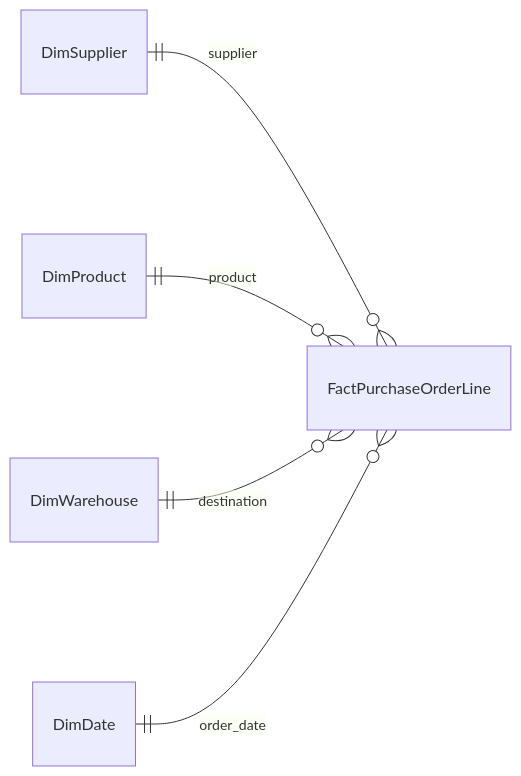
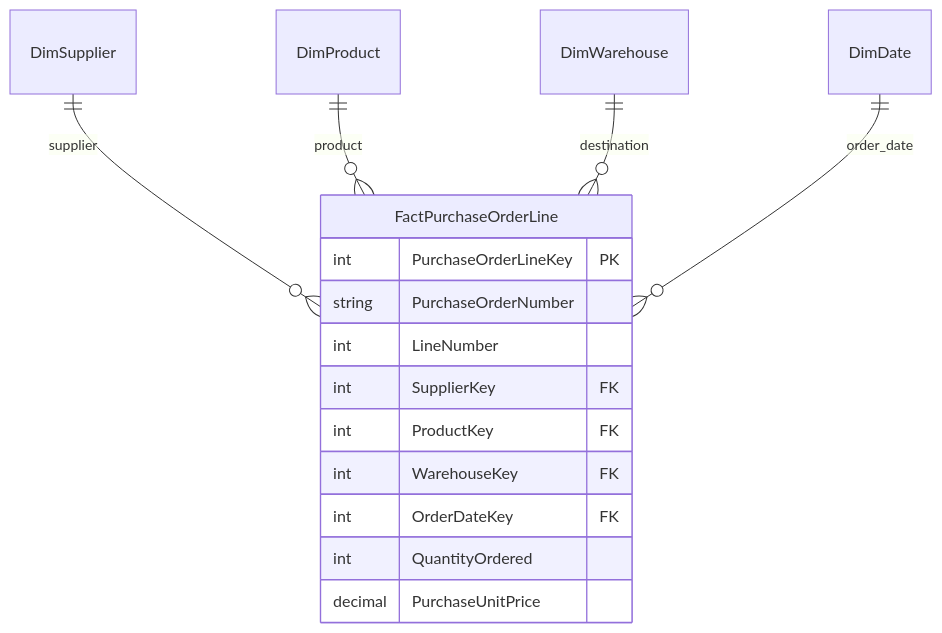
Before and after one commit to ZeadRN/20-Days-SQL-Challenge: the first of 5 diagrams in 25-days-of-data-analytics/day-02-database-design-dml-null/logistics-supply-chain-design/README.md, drawn with Mermaid. The commit also changed other lines of this file, not shown here.

````diff
--- a/25-days-of-data-analytics/day-02-database-design-dml-null/logistics-supply-chain-design/README.md
+++ b/25-days-of-data-analytics/day-02-database-design-dml-null/logistics-supply-chain-design/README.md
@@ -90,8 +69,19 @@
 ```mermaid
 erDiagram
-    direction LR
+    direction TB
     DimSupplier ||--o{ FactPurchaseOrderLine : supplier
     DimProduct ||--o{ FactPurchaseOrderLine : product
     DimWarehouse ||--o{ FactPurchaseOrderLine : destination
     DimDate ||--o{ FactPurchaseOrderLine : order_date
+    FactPurchaseOrderLine {
+        int PurchaseOrderLineKey PK
+        string PurchaseOrderNumber
+        int LineNumber
+        int SupplierKey FK
+        int ProductKey FK
+        int WarehouseKey FK
+        int OrderDateKey FK
+        int QuantityOrdered
+        decimal PurchaseUnitPrice
+    }
 ```
````
